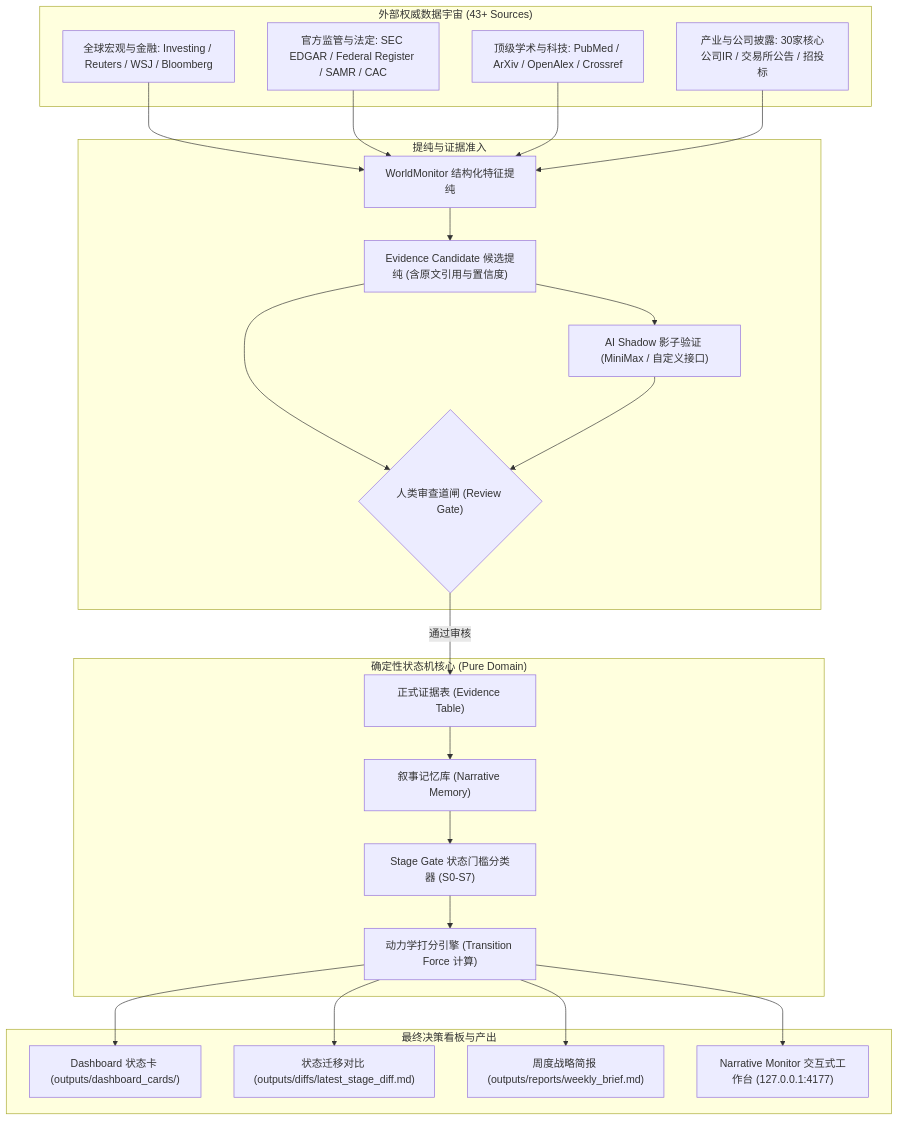
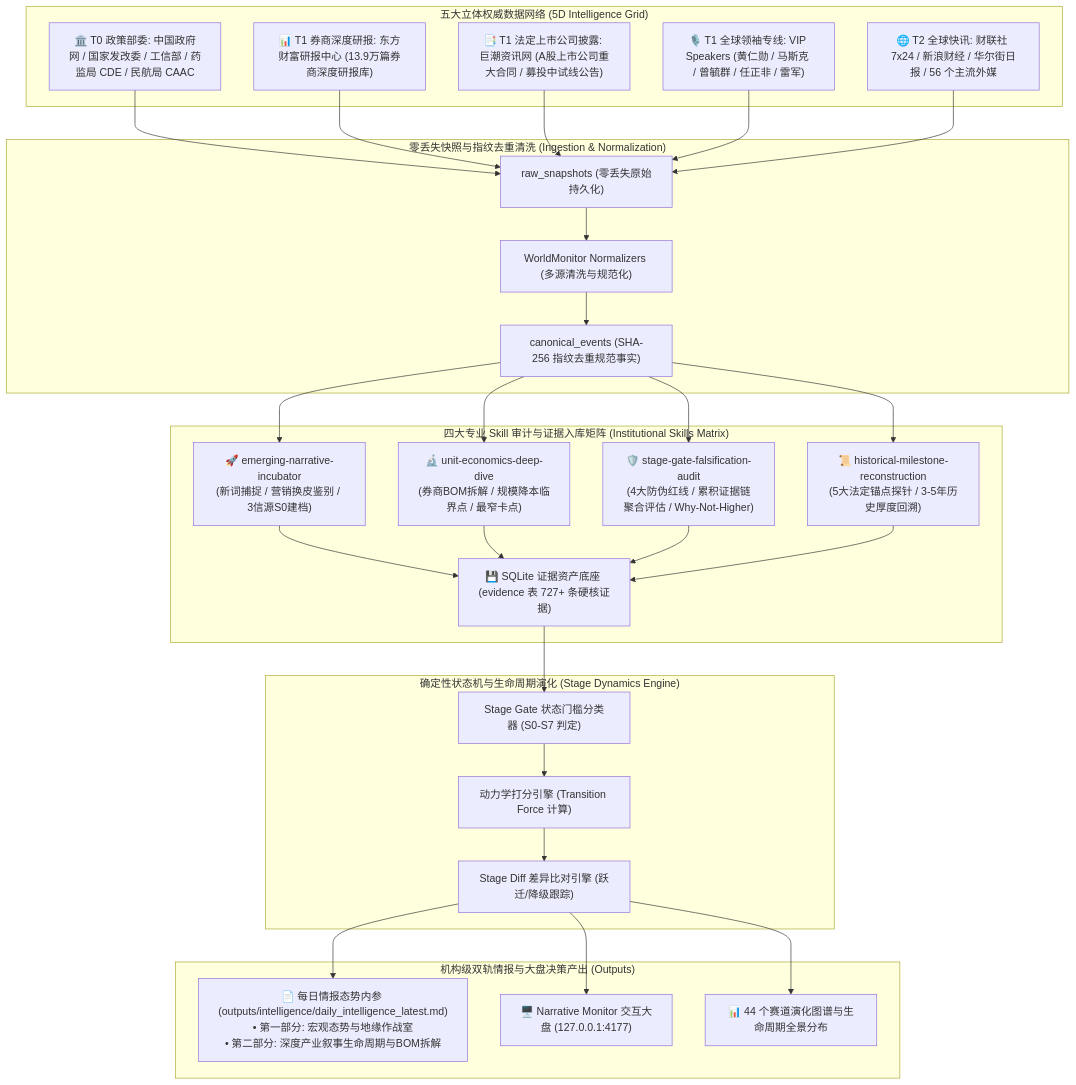
The second of 2 diagrams in README.md (Waloncycler/narrative-lifecycle), drawn with Mermaid before and after one commit. The commit also changed other lines of this file, not shown here.

Commit message:
docs: sync architecture diagram, data flowchart, and unified workbench command in README.md

````diff
--- a/README.md
+++ b/README.md
@@ -287,30 +297,36 @@
 ```mermaid
 flowchart TD
-    subgraph G1 ["外部权威数据宇宙 (43+ Sources)"]
-        S1["全球宏观与金融: Investing / Reuters / WSJ / Bloomberg"]
-        S2["官方监管与法定: SEC EDGAR / Federal Register / SAMR / CAC"]
-        S3["顶级学术与科技: PubMed / ArXiv / OpenAlex / Crossref"]
-        S4["产业与公司披露: 30家核心公司IR / 交易所公告 / 招投标"]
+    subgraph G1 ["五大立体权威数据网络 (5D Intelligence Grid)"]
+        S1["🏛️ T0 政策部委: 中国政府网 / 国家发改委 / 工信部 / 药监局 CDE / 民航局 CAAC"]
+        S2["📊 T1 券商深度研报: 东方财富研报中心 (13.9万篇券商深度研报库)"]
+        S3["📑 T1 法定上市公司披露: 巨潮资讯网 (A股上市公司重大合同 / 募投中试线公告)"]
+        S4["🎙️ T1 全球领袖专线: VIP Speakers (黄仁勋 / 马斯克 / 曾毓群 / 任正非 / 雷军)"]
+        S5["🌐 T2 全球快讯: 财联社 7x24 / 新浪财经 / 华尔街日报 / 56 个主流外媒"]
     end
 
-    subgraph G2 ["提纯与证据准入"]
-        S1 & S2 & S3 & S4 --> WM["WorldMonitor 结构化特征提纯"]
-        WM --> IC["Evidence Candidate 候选提纯 (含原文引用与置信度)"]
-        IC --> AG["AI Shadow 影子验证 (MiniMax / 自定义接口)"]
-        IC & AG --> HG{"人类审查道闸 (Review Gate)"}
+    subgraph G2 ["零丢失快照与指纹去重清洗 (Ingestion & Normalization)"]
+        S1 & S2 & S3 & S4 & S5 --> RAW["raw_snapshots (零丢失原始持久化)"]
+        RAW --> NORM["WorldMonitor Normalizers (多源清洗与规范化)"]
+        NORM --> CE["canonical_events (SHA-256 指纹去重规范事实)"]
     end
 
-    subgraph G3 ["确定性状态机核心 (Pure Domain)"]
-        HG -->|通过审核| ET["正式证据表 (Evidence Table)"]
-        ET --> NM["叙事记忆库 (Narrative Memory)"]
-        NM --> SG["Stage Gate 状态门槛分类器 (S0-S7)"]
-        SG --> SE["动力学打分引擎 (Transition Force 计算)"]
+    subgraph G3 ["四大专业 Skill 审计与证据入库矩阵 (Institutional Skills Matrix)"]
+        CE --> SK1["🚀 emerging-narrative-incubator<br>(新词捕捉 / 营销换皮鉴别 / 3信源S0建档)"]
+        CE --> SK2["🔬 unit-economics-deep-dive<br>(券商BOM拆解 / 规模降本临界点 / 最窄卡点)"]
+        CE --> SK3["🛡️ stage-gate-falsification-audit<br>(4大防伪红线 / 累积证据链聚合评估 / Why-Not-Higher)"]
+        CE --> SK4["📜 historical-milestone-reconstruction<br>(5大法定锚点探针 / 3-5年历史厚度回溯)"]
+        SK1 & SK2 & SK3 & SK4 --> ET["💾 SQLite 证据资产底座 (evidence 表 727+ 条硬核证据)"]
     end
 
-    subgraph G4 ["最终决策看板与产出"]
-        SE --> DC["Dashboard 状态卡 (outputs/dashboard_cards/)"]
-        SE --> SD["状态迁移对比 (outputs/diffs/latest_stage_diff.md)"]
-        SE --> WB["周度战略简报 (outputs/reports/weekly_brief.md)"]
-        SE --> UI["Narrative Monitor 交互式工作台 (127.0.0.1:4177)"]
+    subgraph G4 ["确定性状态机与生命周期演化 (Stage Dynamics Engine)"]
+        ET --> SG["Stage Gate 状态门槛分类器 (S0-S7 判定)"]
+        SG --> SE["动力学打分引擎 (Transition Force 计算)"]
+        SE --> DIFF["Stage Diff 差异比对引擎 (跃迁/降级跟踪)"]
+    end
+
+    subgraph G5 ["机构级双轨情报与大盘决策产出 (Outputs)"]
+        DIFF --> RPT["📄 每日情报态势内参 (outputs/intelligence/daily_intelligence_latest.md)<br>• 第一部分: 宏观态势与地缘作战室<br>• 第二部分: 深度产业叙事生命周期与BOM拆解"]
+        DIFF --> UI["🖥️ Narrative Monitor 交互大盘 (127.0.0.1:4177)"]
+        DIFF --> DC["📊 44 个赛道演化图谱与生命周期全景分布"]
     end
 ```
````
